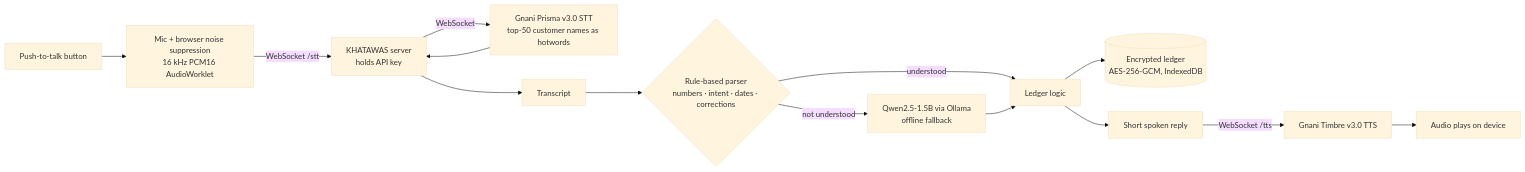
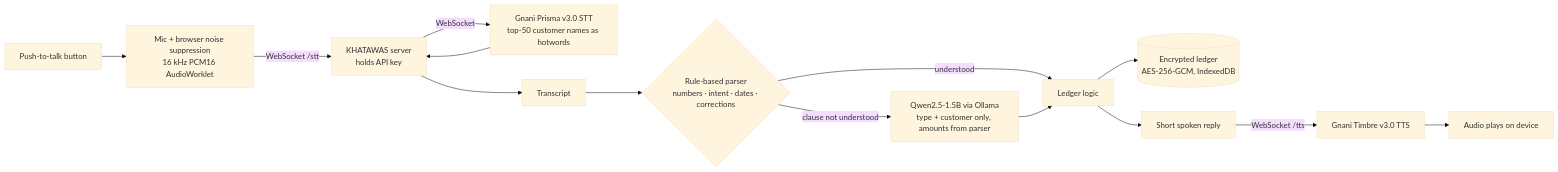
Before and after one commit to TheShreyanshiDwivedi/khatawas: the diagram in README.md, drawn with Mermaid (base theme). The commit also changed other lines of this file, not shown here.

Commit message:
README: clear Gnani vs Qwen section, spoken AI disclosure

````diff
--- a/README.md
+++ b/README.md
@@ -30,13 +30,13 @@
 ```mermaid
 flowchart LR
   A[Push-to-talk button] --> B[Mic + browser noise suppression<br/>16 kHz PCM16 AudioWorklet]
   B -->|WebSocket /stt| S[KHATAWAS server<br/>holds API key]
   S -->|WebSocket| P[Gnani Prisma v3.0 STT<br/>top-50 customer names as hotwords]
   P --> S --> T[Transcript]
   T --> R{Rule-based parser<br/>numbers · intent · dates · corrections}
   R -- understood --> L[Ledger logic]
-  R -- not understood --> Q[Qwen2.5-1.5B via Ollama<br/>offline fallback] --> L
+  R -- clause not understood --> Q[Qwen2.5-1.5B via Ollama<br/>type + customer only, amounts from parser] --> L
   L --> E[(Encrypted ledger<br/>AES-256-GCM, IndexedDB)]
   L --> V[Short spoken reply]
   V -->|WebSocket /tts| S2[Gnani Timbre v3.0 TTS] --> O[Audio plays on device]
 ```
````
